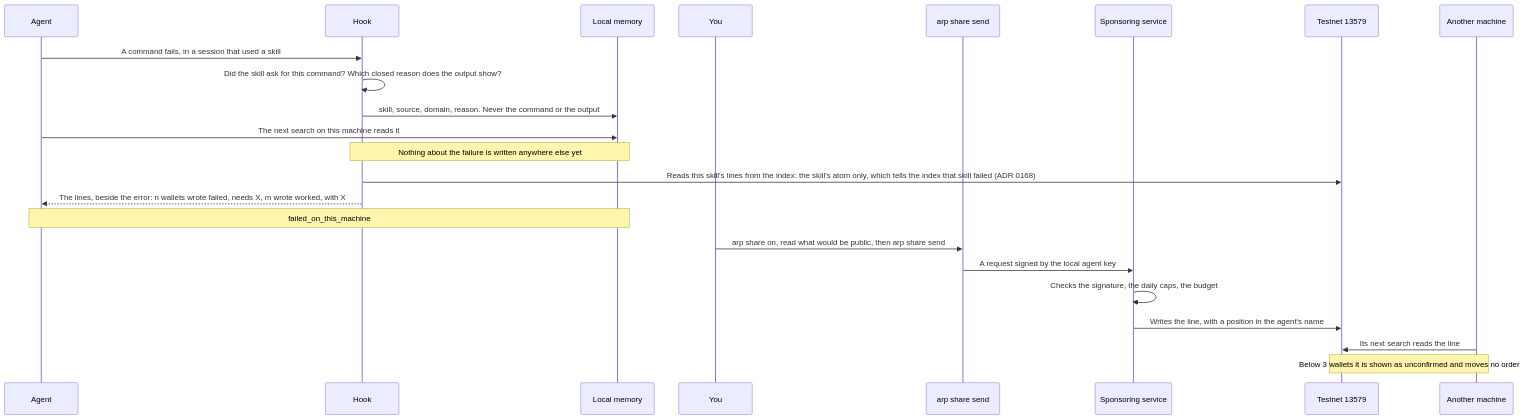
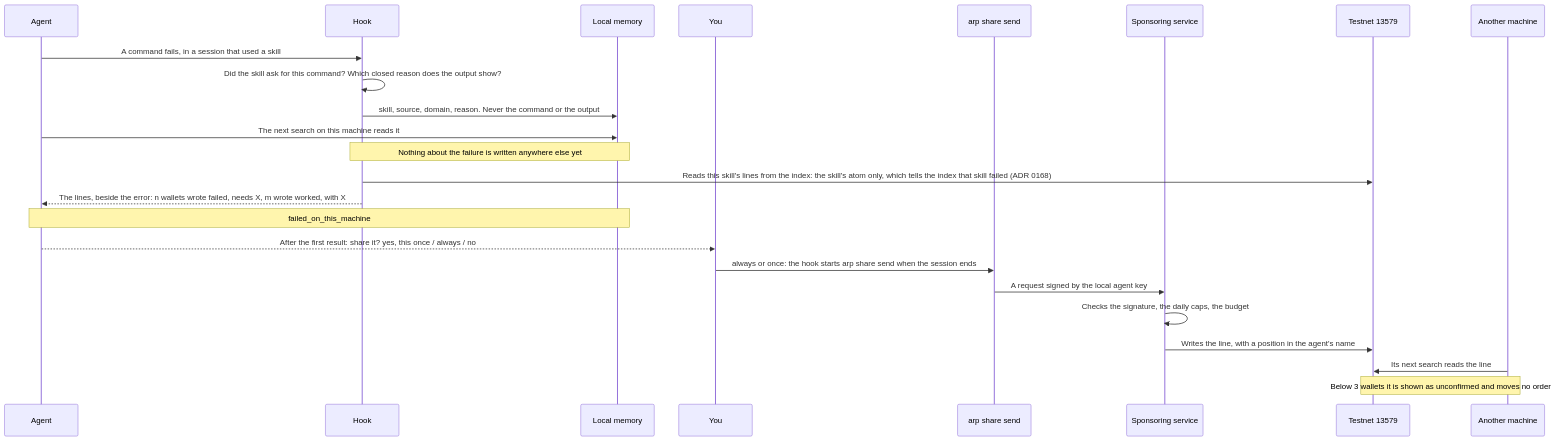
The diagram in apps/web/public/docs/local-memory.md (intuition-box/ARP), drawn with Mermaid before and after one commit. The commit also changed other lines of this file and 45 other files, not shown here.

First line of the commit message:
feat(task-126): ask once whether to share a skill result, with "always"

````diff
--- a/apps/web/public/docs/local-memory.md
+++ b/apps/web/public/docs/local-memory.md
@@ -21,26 +23,27 @@
 ```mermaid
 sequenceDiagram
     participant A as Agent
     participant H as Hook
     participant M as Local memory
     participant P as You
     participant S as arp share send
     participant V as Sponsoring service
     participant C as Testnet 13579
     participant O as Another machine
 
     A->>H: A command fails, in a session that used a skill
     H->>H: Did the skill ask for this command? Which closed reason does the output show?
     H->>M: skill, source, domain, reason. Never the command or the output
     A->>M: The next search on this machine reads it
     Note over H,M: Nothing about the failure is written anywhere else yet
     H->>C: Reads this skill's lines from the index: the skill's atom only, which tells the index that skill failed (ADR 0168)
     H-->>A: The lines, beside the error: n wallets wrote failed, needs X, m wrote worked, with X
     Note over A,M: failed_on_this_machine
-    P->>S: arp share on, read what would be public, then arp share send
+    A-->>P: After the first result: share it? yes, this once / always / no
+    P->>S: always or once: the hook starts arp share send when the session ends
     S->>V: A request signed by the local agent key
     V->>V: Checks the signature, the daily caps, the budget
     V->>C: Writes the line, with a position in the agent's name
     O->>C: Its next search reads the line
     Note over O,C: Below 3 wallets it is shown as unconfirmed and moves no order
 ```
````
